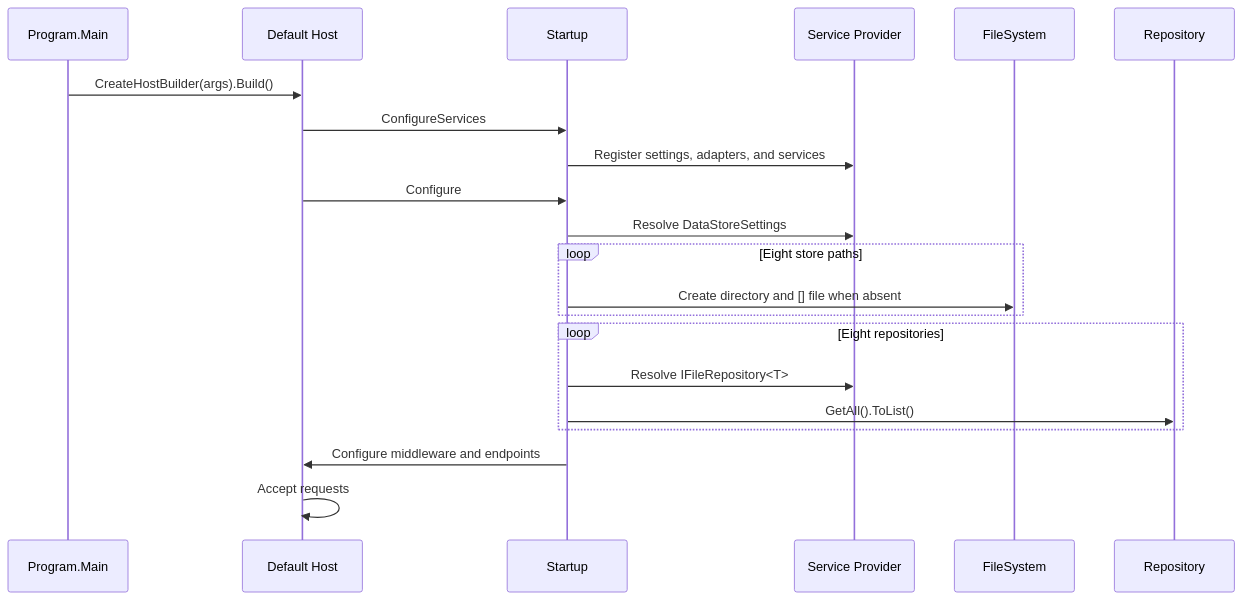
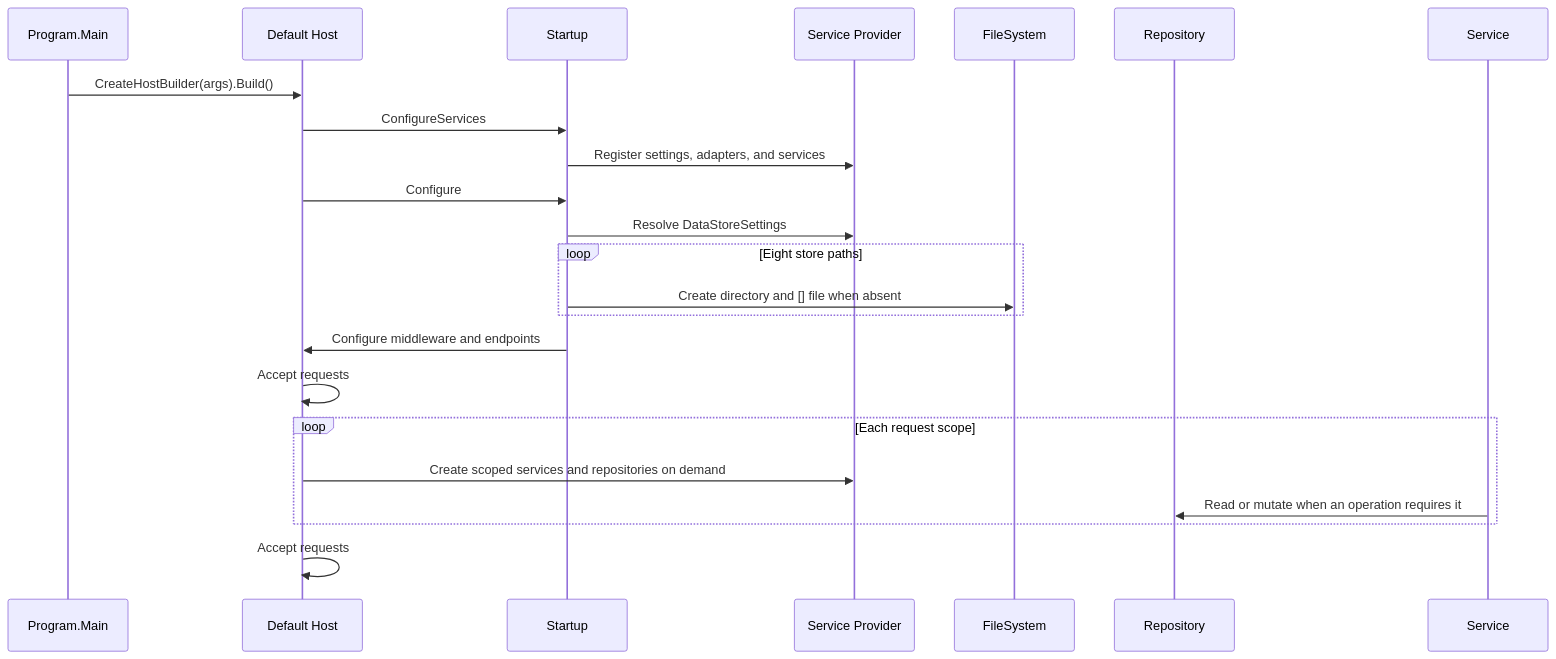
One commit to hmlendea/nucicraft-api changed the third of 4 diagrams in docs/architecture.md. Above: the diagram before and after it, drawn with Mermaid. The commit also changed other lines of this file and 28 other files, not shown here.

````diff
--- a/docs/architecture.md
+++ b/docs/architecture.md
@@ -113,24 +113,25 @@
 ```mermaid
 sequenceDiagram
     participant Main as Program.Main
     participant Host as Default Host
     participant Startup
     participant DI as Service Provider
     participant FileSystem
     participant Repository
 
     Main->>Host: CreateHostBuilder(args).Build()
     Host->>Startup: ConfigureServices
     Startup->>DI: Register settings, adapters, and services
     Host->>Startup: Configure
     Startup->>DI: Resolve DataStoreSettings
     loop Eight store paths
         Startup->>FileSystem: Create directory and [] file when absent
     end
-    loop Eight repositories
-        Startup->>DI: Resolve IFileRepository<T>
-        Startup->>Repository: GetAll().ToList()
-    end
     Startup->>Host: Configure middleware and endpoints
     Host->>Host: Accept requests
+    loop Each request scope
+        Host->>DI: Create scoped services and repositories on demand
+        Service->>Repository: Read or mutate when an operation requires it
+    end
+    Host->>Host: Accept requests
 ```
````
